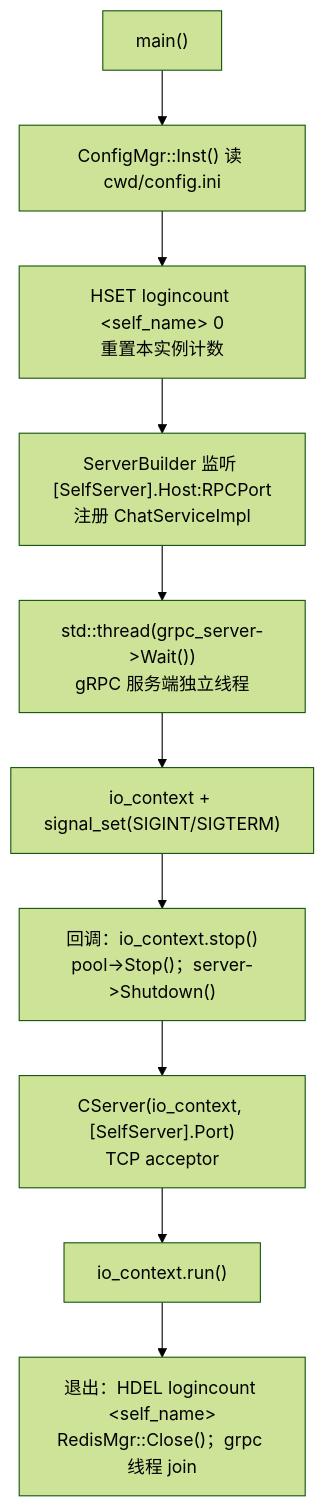
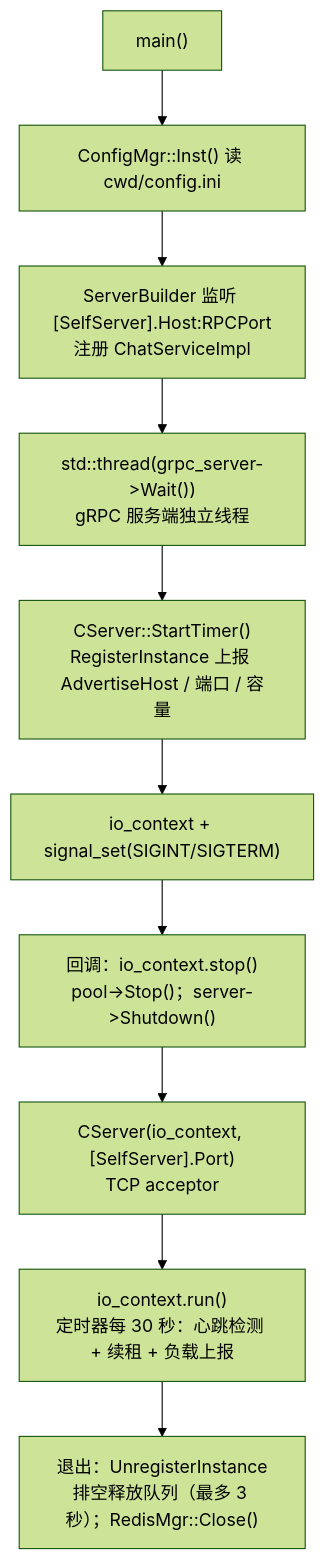
The first of 5 diagrams in docs/09-chat-server.md (yrc920/yunjian), drawn with Mermaid (forest theme) before and after one commit. The commit also changed other lines of this file and 73 other files, not shown here.

````diff
--- a/docs/09-chat-server.md
+++ b/docs/09-chat-server.md
@@ -28,12 +29,12 @@
 ```mermaid
 flowchart TB
     A["main()"] --> B["ConfigMgr::Inst() 读 cwd/config.ini"]
-    B --> C["HSET logincount #lt;self_name#gt; 0<br/>重置本实例计数"]
-    C --> D["ServerBuilder 监听 [SelfServer].Host:RPCPort<br/>注册 ChatServiceImpl"]
+    B --> D["ServerBuilder 监听 [SelfServer].Host:RPCPort<br/>注册 ChatServiceImpl"]
     D --> E["std::thread(grpc_server->Wait())<br/>gRPC 服务端独立线程"]
-    E --> F["io_context + signal_set(SIGINT/SIGTERM)"]
+    E --> R["CServer::StartTimer()<br/>RegisterInstance 上报 AdvertiseHost / 端口 / 容量"]
+    R --> F["io_context + signal_set(SIGINT/SIGTERM)"]
     F --> G["回调：io_context.stop()<br/>pool->Stop()；server->Shutdown()"]
     G --> H["CServer(io_context, [SelfServer].Port)<br/>TCP acceptor"]
-    H --> I["io_context.run()"]
-    I --> J["退出：HDEL logincount #lt;self_name#gt;<br/>RedisMgr::Close()；grpc 线程 join"]
+    H --> I["io_context.run()<br/>定时器每 30 秒：心跳检测 + 续租 + 负载上报"]
+    I --> J["退出：UnregisterInstance<br/>排空释放队列（最多 3 秒）；RedisMgr::Close()"]
 ```
````
